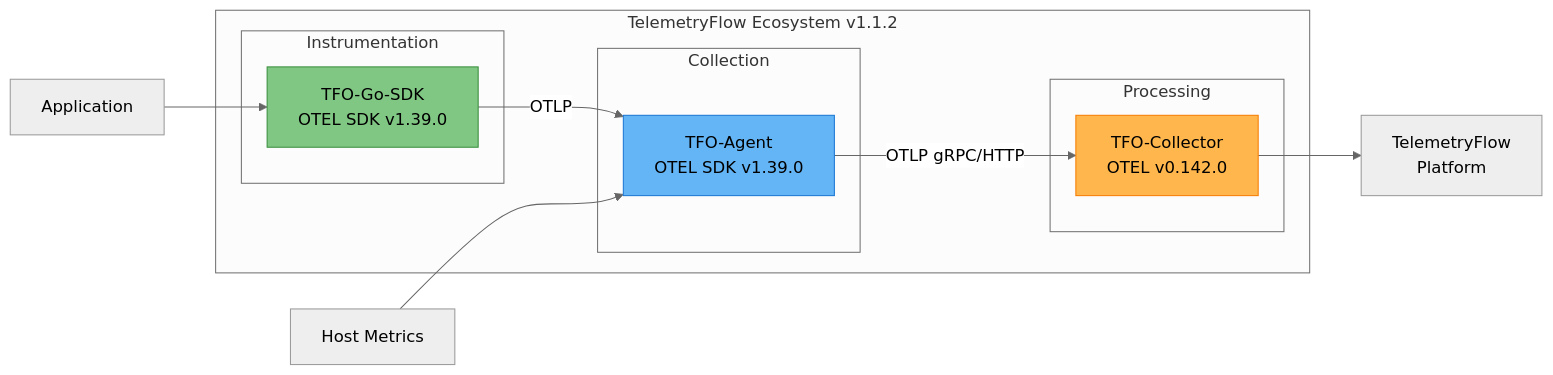
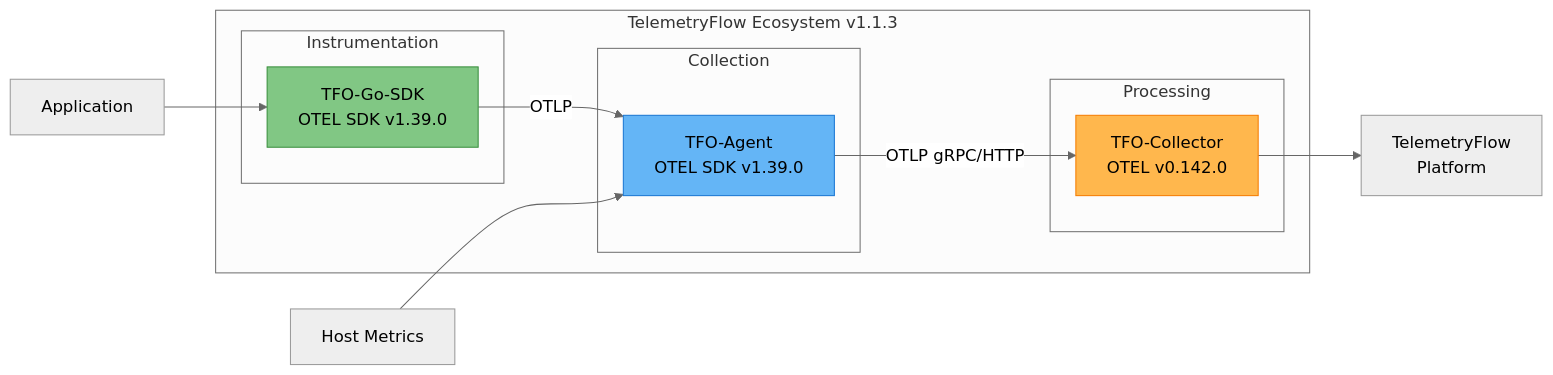
The diagram in README.md (telemetryflow/telemetryflow-agent), drawn with Mermaid (neutral theme) before and after one commit. The commit also changed other lines of this file and 6 other files, not shown here.

````diff
--- a/README.md
+++ b/README.md
@@ -33,26 +33,26 @@
 ```mermaid
 graph LR
-    subgraph "TelemetryFlow Ecosystem v1.1.2"
+    subgraph "TelemetryFlow Ecosystem v1.1.3"
         subgraph "Instrumentation"
             SDK[TFO-Go-SDK<br/>OTEL SDK v1.39.0]
         end
 
         subgraph "Collection"
             AGENT[TFO-Agent<br/>OTEL SDK v1.39.0]
         end
 
         subgraph "Processing"
             COLLECTOR[TFO-Collector<br/>OTEL v0.142.0]
         end
     end
 
     APP[Application] --> SDK
     SDK -->|OTLP| AGENT
     HOST[Host Metrics] --> AGENT
     AGENT -->|OTLP gRPC/HTTP| COLLECTOR
     COLLECTOR --> BACKEND[TelemetryFlow<br/>Platform]
 
     style SDK fill:#81C784,stroke:#388E3C
     style AGENT fill:#64B5F6,stroke:#1976D2
     style COLLECTOR fill:#FFB74D,stroke:#F57C00
 ```
````
